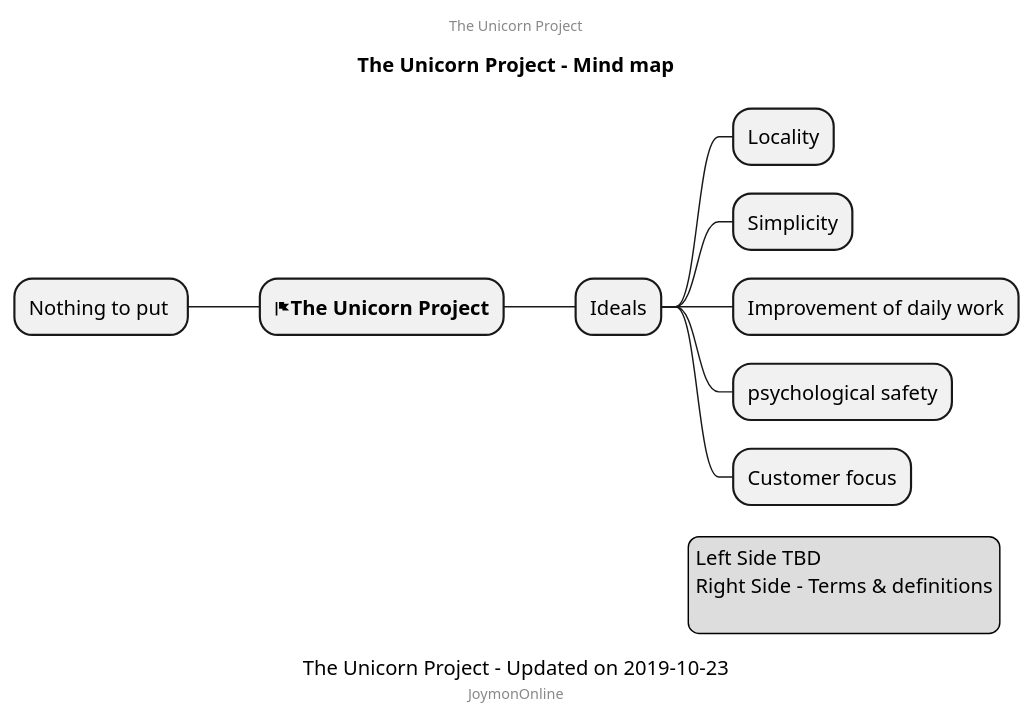
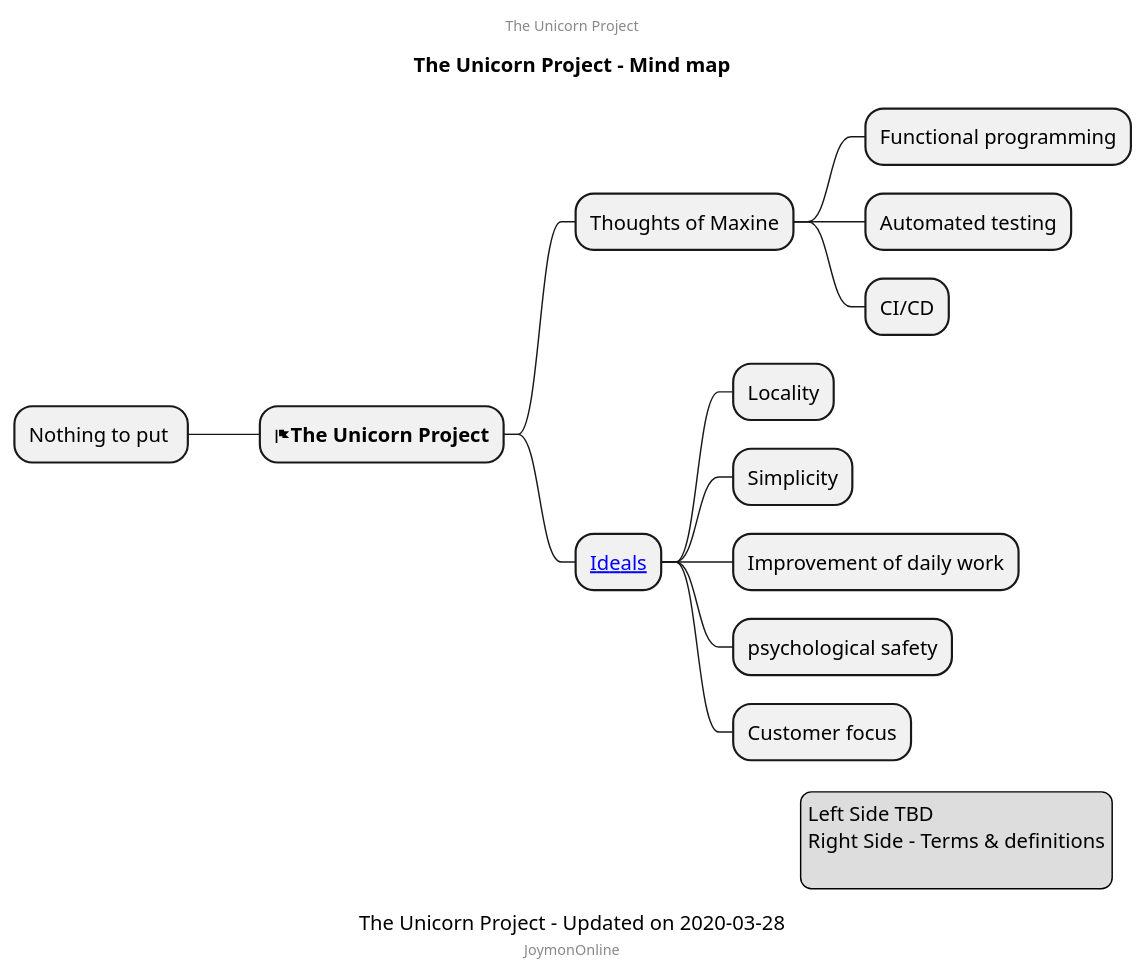
The diagram in deployment/the-unicorn-project.puml (mind-maps/software), drawn with PlantUML before and after one commit.

Commit message:
Added links

```diff
--- a/deployment/the-unicorn-project.puml
+++ b/deployment/the-unicorn-project.puml
@@ -1,25 +1,29 @@
 @startmindmap
-caption The Unicorn Project - Updated on 2019-10-23
+caption The Unicorn Project - Updated on 2020-03-28
 title The Unicorn Project - Mind map
 center header
 The Unicorn Project
 endheader
 
 * <&flag><b>The Unicorn Project</b>
-** Ideals
+** Thoughts of Maxine
+*** Functional programming
+*** Automated testing
+*** CI/CD
+** [[https://www.linkedin.com/pulse/unicorn-project-five-ideals-michal-florys/ Ideals]]
 *** Locality
 *** Simplicity
 *** Improvement of daily work
 *** psychological safety
 *** Customer focus
 left side
 ** Nothing to put 
 center footer JoymonOnline
 
 legend right
   Left Side TBD
   Right Side - Terms & definitions
   
 endlegend
 
 @endmindmap
```
